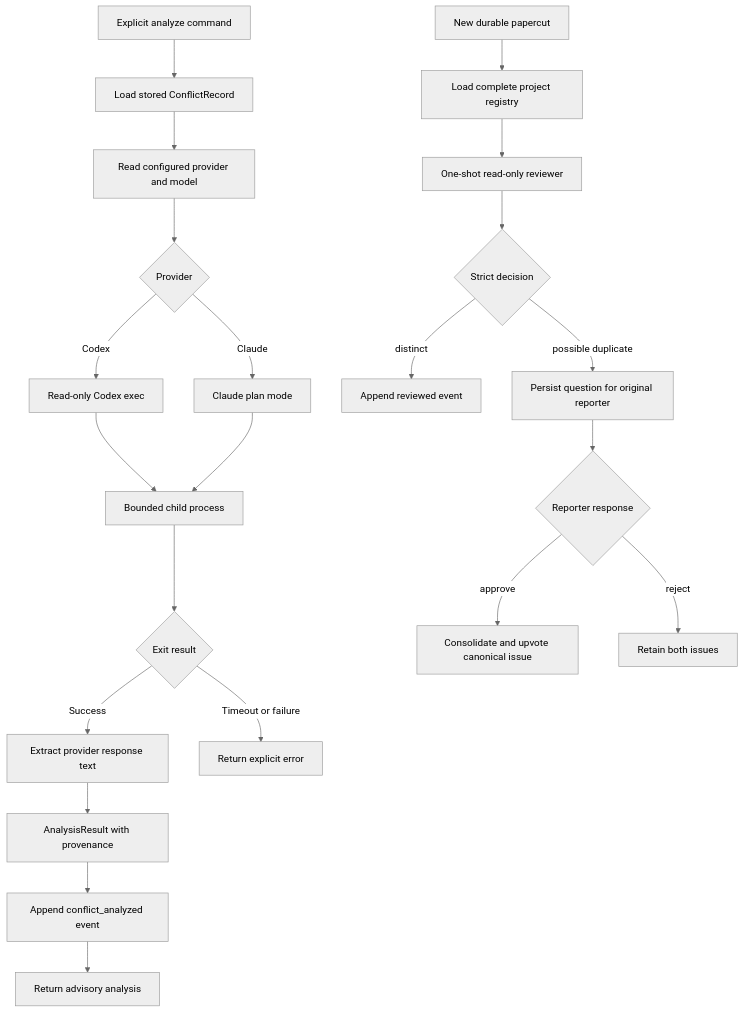
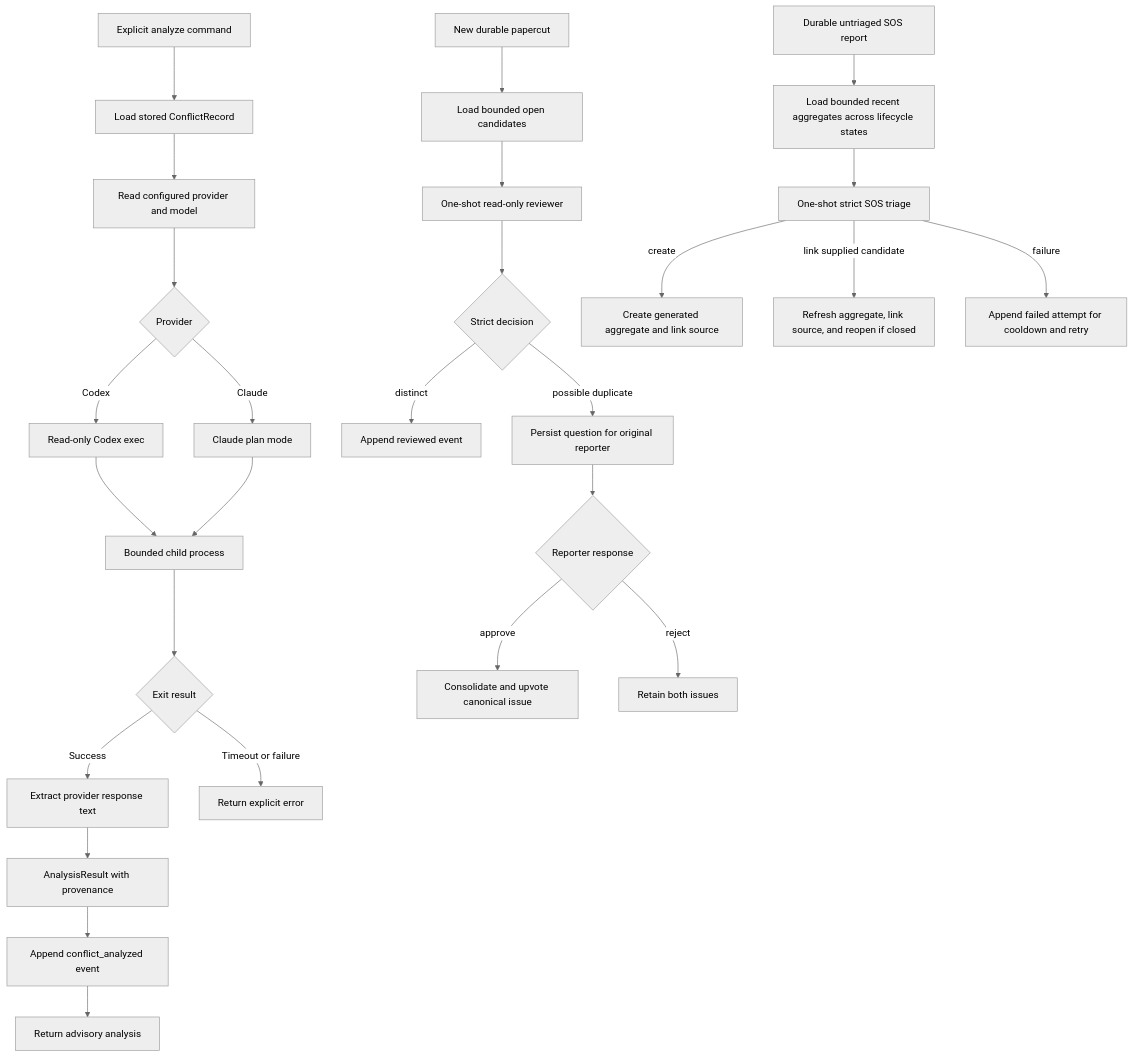
The diagram in docs/features/analyst.md (warrenronsiek/nexus), drawn with Mermaid (neutral theme) before and after one commit. The commit also changed other lines of this file and 202 other files, not shown here.

Commit message:
Add shared Postgres service and SOS triage (#8)

````diff
--- a/docs/features/analyst.md
+++ b/docs/features/analyst.md
@@ -17,24 +17,29 @@
 ```mermaid
 flowchart TD
     A[Explicit analyze command] --> B[Load stored ConflictRecord]
     B --> C[Read configured provider and model]
     C --> D{Provider}
     D -->|Codex| E[Read-only Codex exec]
     D -->|Claude| F[Claude plan mode]
     E --> G[Bounded child process]
     F --> G
     G --> H{Exit result}
     H -->|Success| I[Extract provider response text]
     H -->|Timeout or failure| J[Return explicit error]
     I --> K[AnalysisResult with provenance]
     K --> L[Append conflict_analyzed event]
     L --> M[Return advisory analysis]
-    N[New durable papercut] --> O[Load complete project registry]
+    N[New durable papercut] --> O[Load bounded open candidates]
     O --> P[One-shot read-only reviewer]
     P --> Q{Strict decision}
     Q -->|distinct| R[Append reviewed event]
     Q -->|possible duplicate| S[Persist question for original reporter]
     S --> T{Reporter response}
     T -->|approve| U[Consolidate and upvote canonical issue]
     T -->|reject| V[Retain both issues]
+    W[Durable untriaged SOS report] --> X[Load bounded recent aggregates across lifecycle states]
+    X --> Y[One-shot strict SOS triage]
+    Y -->|create| Z[Create generated aggregate and link source]
+    Y -->|link supplied candidate| AA[Refresh aggregate, link source, and reopen if closed]
+    Y -->|failure| AB[Append failed attempt for cooldown and retry]
 ```
````
